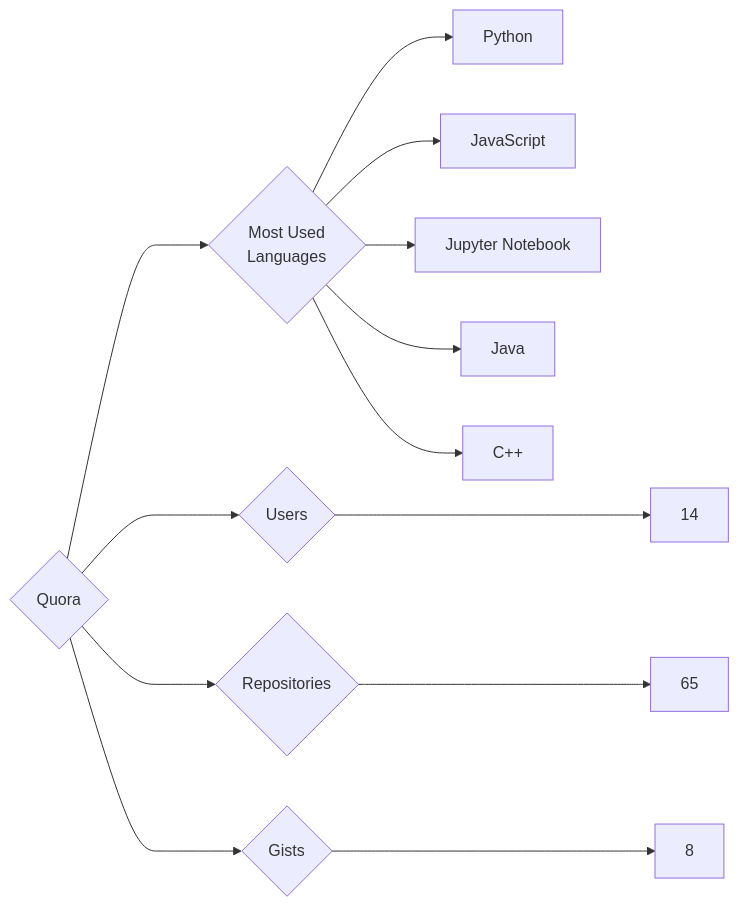
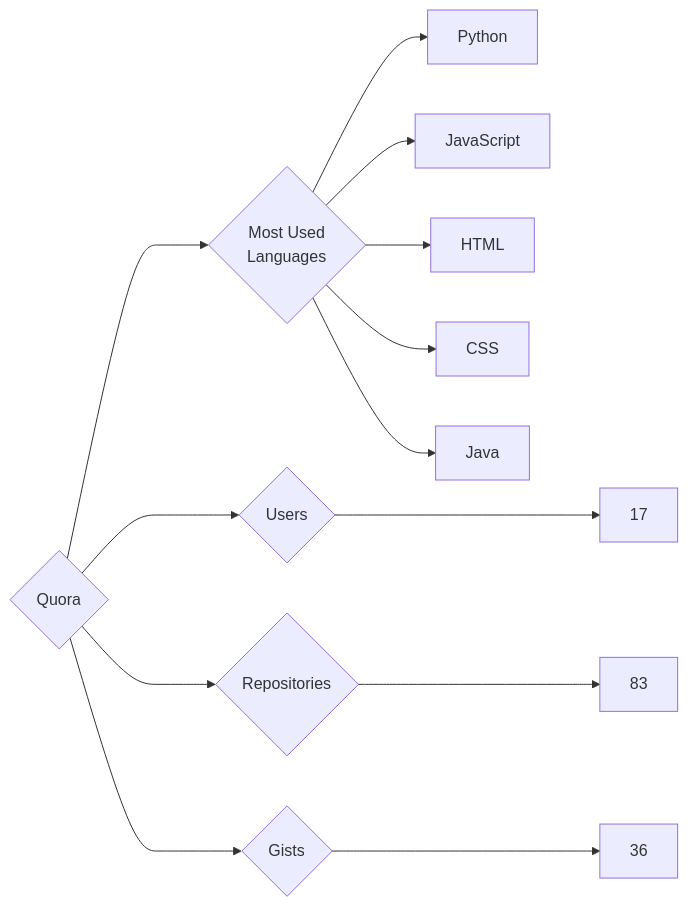
One commit to trickest/insiders changed the diagram in targets/Quora/README.md. Above: the diagram before and after it, drawn with Mermaid. The commit also changed 973 other files, not shown here.

````diff
--- a/targets/Quora/README.md
+++ b/targets/Quora/README.md
@@ -3,13 +3,13 @@
 ```mermaid
 graph LR
 COMPANY_NAME{Quora}
-COMPANY_NAME ---> U{Users} ---> UN[14]
-COMPANY_NAME ---> R{Repositories} ---> RN[65]
-COMPANY_NAME ---> G{Gists} ---> GN[8]
+COMPANY_NAME ---> U{Users} ---> UN[17]
+COMPANY_NAME ---> R{Repositories} ---> RN[83]
+COMPANY_NAME ---> G{Gists} ---> GN[36]
 COMPANY_NAME ---> ML{Most Used<br>Languages}
 ML --> Python[Python]
 ML --> JavaScript[JavaScript]
-ML --> Jupyter_Notebook[Jupyter Notebook]
+ML --> HTML[HTML]
+ML --> CSS[CSS]
 ML --> Java[Java]
-ML --> C++[C++]
 ```
````
